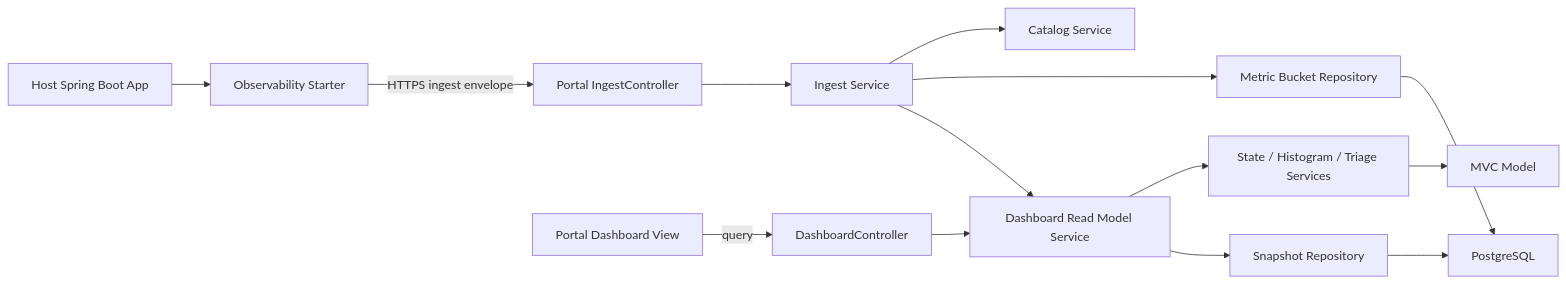
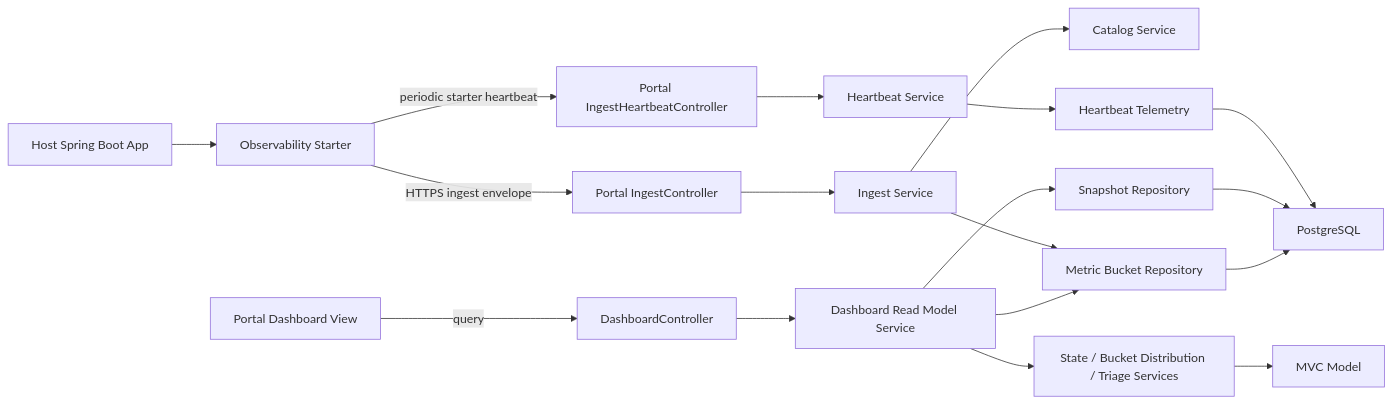
One commit to tlsdla1235/obser_service changed the diagram in planning-artifacts/architecture.md. Above: the diagram before and after it, drawn with Mermaid. The commit also changed other lines of this file and 33 other files, not shown here.

````diff
--- a/planning-artifacts/architecture.md
+++ b/planning-artifacts/architecture.md
@@ -48,16 +48,20 @@
 ```mermaid
 flowchart LR
   Host["Host Spring Boot App"] --> Starter["Observability Starter"]
   Starter -->|HTTPS ingest envelope| IngestController["Portal IngestController"]
+  Starter -->|periodic starter heartbeat| HeartbeatController["Portal IngestHeartbeatController"]
   IngestController --> IngestService["Ingest Service"]
+  HeartbeatController --> HeartbeatService["Heartbeat Service"]
   IngestService --> CatalogService["Catalog Service"]
   IngestService --> BucketRepository["Metric Bucket Repository"]
-  IngestService --> DashboardService["Dashboard Read Model Service"]
-  DashboardService --> RuleServices["State / Histogram / Triage Services"]
+  HeartbeatService --> HeartbeatTelemetry["Heartbeat Telemetry"]
+  HeartbeatTelemetry --> Pg["PostgreSQL"]
+  DashboardService["Dashboard Read Model Service"] --> BucketRepository
+  DashboardService --> RuleServices["State / Bucket Distribution / Triage Services"]
   RuleServices --> Model["MVC Model"]
   DashboardService --> SnapshotRepository["Snapshot Repository"]
-  SnapshotRepository --> Pg["PostgreSQL"]
+  SnapshotRepository --> Pg
   BucketRepository --> Pg
   Dashboard["Portal Dashboard View"] -->|query| DashboardController["DashboardController"]
   DashboardController --> DashboardService
 ```
````
